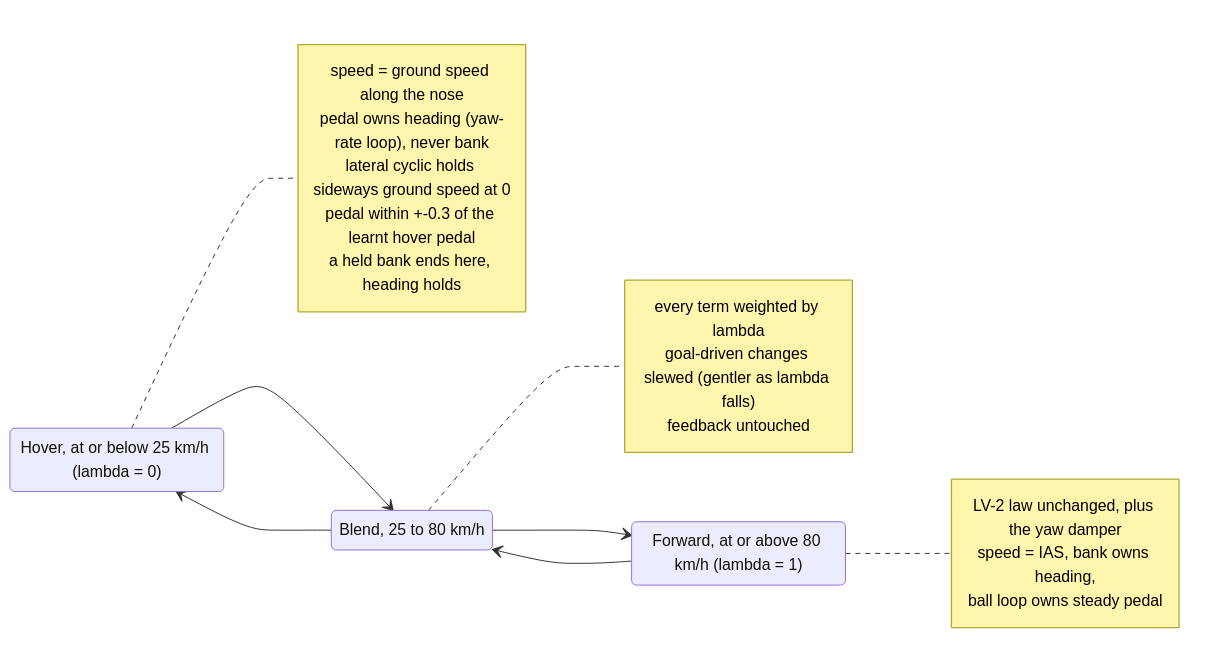
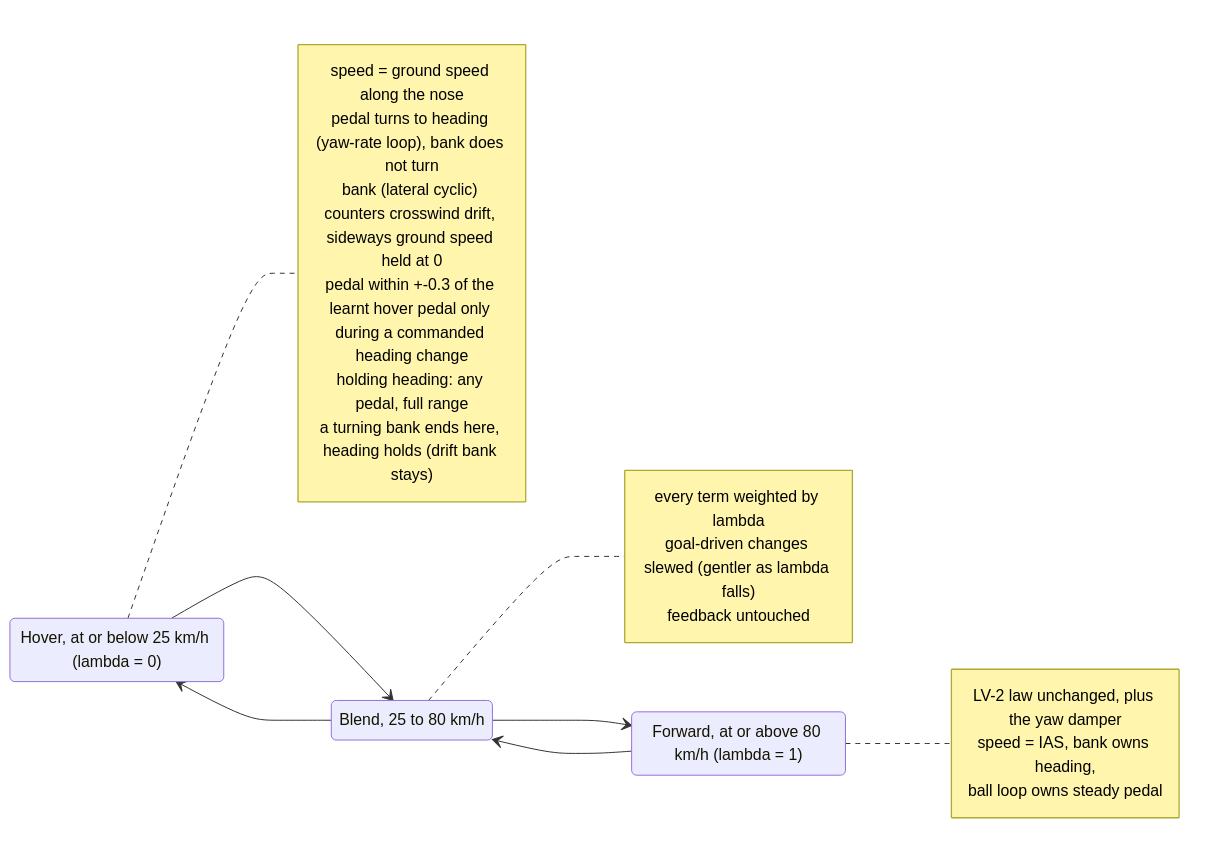
One commit to lightlyfallingrain/DCS-petrobrain changed diagram 12 of 16 in plans/flight-lift-vector/plan.md. Above: the diagram before and after it, drawn with Mermaid. The commit also changed other lines of this file, not shown here.

First line of the commit message:
BL-16 LV-3: redraw diagram 2 hover note and rewrite pedal-need risk (plan check findings)

````diff
--- a/plans/flight-lift-vector/plan.md
+++ b/plans/flight-lift-vector/plan.md
@@ -1605,28 +1605,29 @@
 ```mermaid
 stateDiagram-v2
   direction LR
   Hover: Hover, at or below 25 km/h (lambda = 0)
   Blend: Blend, 25 to 80 km/h
   Forward: Forward, at or above 80 km/h (lambda = 1)
   Hover --> Blend
   Blend --> Forward
   Forward --> Blend
   Blend --> Hover
   note right of Forward
     LV-2 law unchanged, plus the yaw damper
     speed = IAS, bank owns heading,
     ball loop owns steady pedal
   end note
   note right of Blend
     every term weighted by lambda
     goal-driven changes slewed (gentler as lambda falls)
     feedback untouched
   end note
   note right of Hover
     speed = ground speed along the nose
-    pedal owns heading (yaw-rate loop), never bank
-    lateral cyclic holds sideways ground speed at 0
-    pedal within +-0.3 of the learnt hover pedal
-    a held bank ends here, heading holds
+    pedal turns to heading (yaw-rate loop), bank does not turn
+    bank (lateral cyclic) counters crosswind drift, sideways ground speed held at 0
+    pedal within +-0.3 of the learnt hover pedal only during a commanded heading change
+    holding heading: any pedal, full range
+    a turning bank ends here, heading holds (drift bank stays)
   end note
 ```
````
